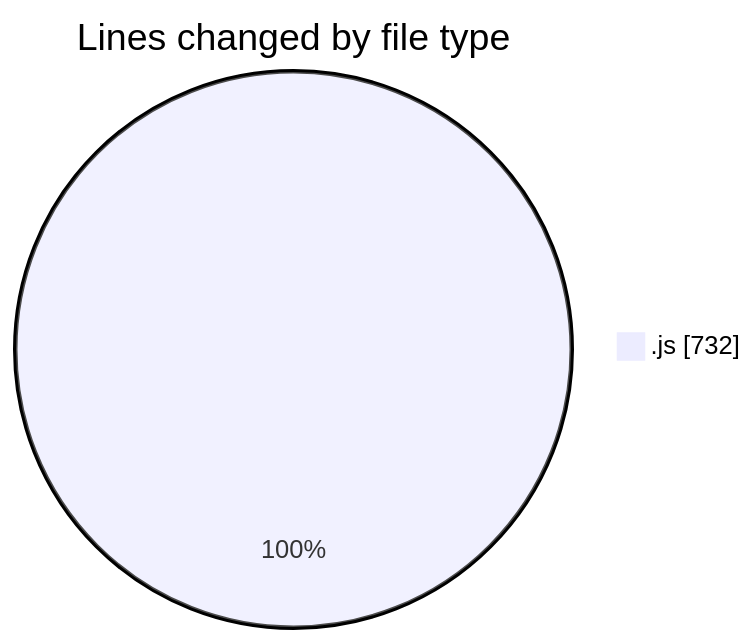
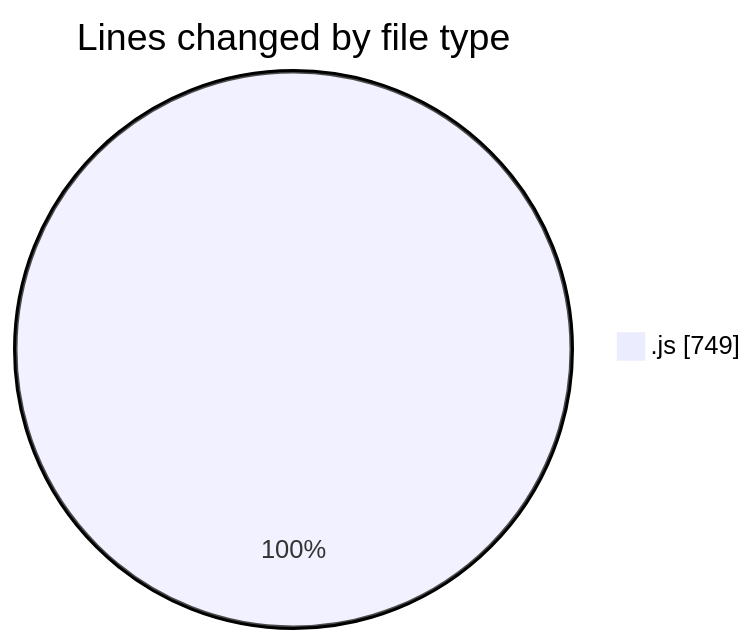
One commit to nxtqubesakshisongat/code-tracking changed the first of 2 diagrams in 2025-11-04/nxtqube_webapp/README.md. Above: the diagram before and after it, drawn with Mermaid. The commit also changed other lines of this file and 1 other file, not shown here.

````diff
--- a/2025-11-04/nxtqube_webapp/README.md
+++ b/2025-11-04/nxtqube_webapp/README.md
@@ -23,5 +23,5 @@
 ```mermaid
 pie showData
 title Lines changed by file type
-".js" : 732
+".js" : 749
 ```
````
